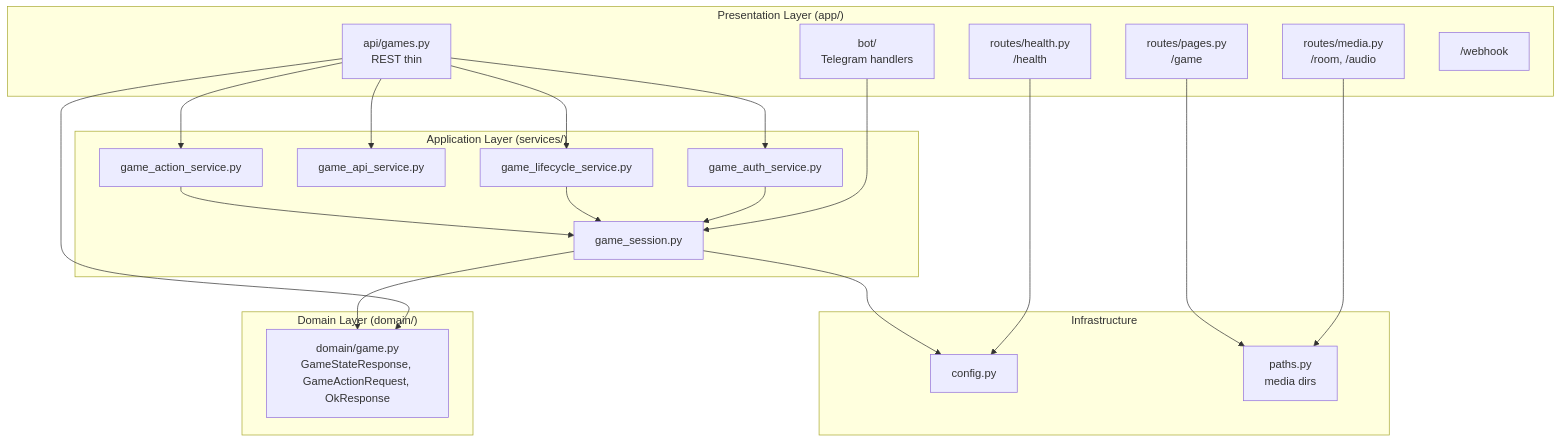
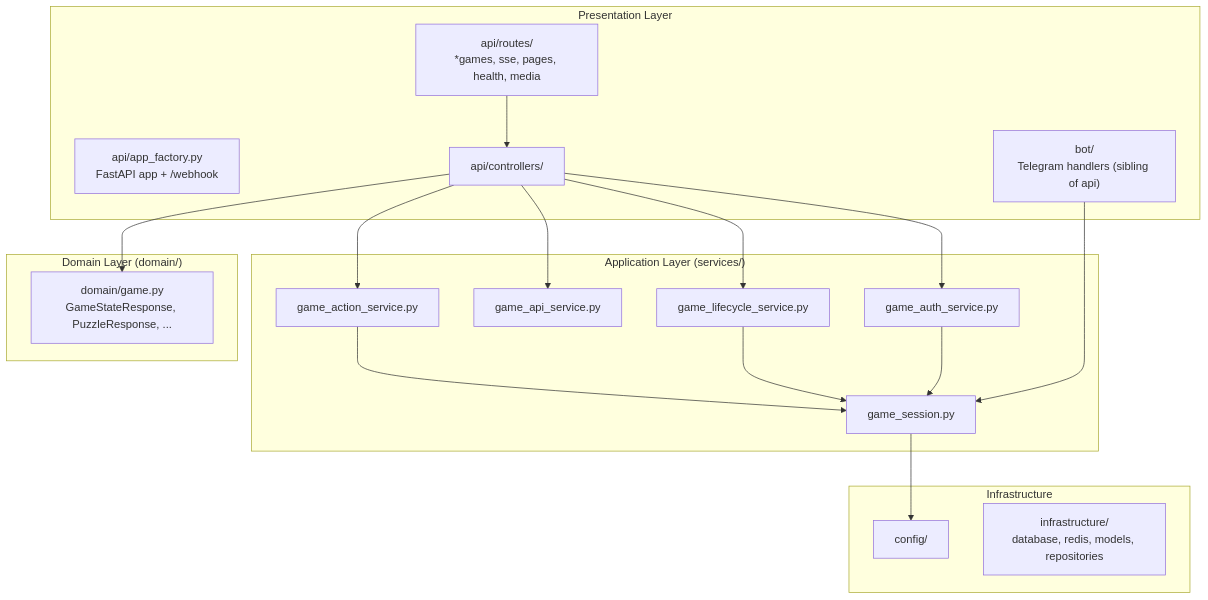
One commit to Itamarabir1/escape-room-telegram changed the diagram in backend/ARCHITECTURE.md. Above: the diagram before and after it, drawn with Mermaid. The commit also changed other lines of this file and 75 other files, not shown here.

````diff
--- a/backend/ARCHITECTURE.md
+++ b/backend/ARCHITECTURE.md
@@ -15,43 +15,38 @@
 ```mermaid
 flowchart TB
-    subgraph Presentation["Presentation Layer (app/)"]
-        API["api/games.py\nREST thin"]
-        Media["routes/media.py\n/room, /audio"]
-        Pages["routes/pages.py\n/game"]
-        Health["routes/health.py\n/health"]
-        Bot["bot/\nTelegram handlers"]
-        Webhook["/webhook"]
+    subgraph Presentation["Presentation Layer"]
+        AppFactory["api/app_factory.py\nFastAPI app + /webhook"]
+        Routes["api/routes/\n*games, sse, pages, health, media"]
+        Controllers["api/controllers/"]
+        Bot["bot/\nTelegram handlers (sibling of api)"]
     end
 
     subgraph Application["Application Layer (services/)"]
         GameSession["game_session.py"]
         GameAuth["game_auth_service.py"]
         GameAPI["game_api_service.py"]
         GameLifecycle["game_lifecycle_service.py"]
         GameAction["game_action_service.py"]
     end
 
     subgraph Domain["Domain Layer (domain/)"]
-        Schema["domain/game.py\nGameStateResponse, GameActionRequest, OkResponse"]
+        Schema["domain/game.py\nGameStateResponse, PuzzleResponse, ..."]
     end
 
     subgraph Infrastructure["Infrastructure"]
-        Config["config.py"]
-        Paths["paths.py\nmedia dirs"]
+        Config["config/"]
+        Infra["infrastructure/\ndatabase, redis, models, repositories"]
     end
 
-    API --> GameAuth
-    API --> GameAPI
-    API --> GameLifecycle
-    API --> GameAction
-    API --> Schema
-    Media --> Paths
-    Health --> Config
-    Pages --> Paths
+    Routes --> Controllers
+    Controllers --> GameAuth
+    Controllers --> GameAPI
+    Controllers --> GameLifecycle
+    Controllers --> GameAction
+    Controllers --> Schema
     Bot --> GameSession
     GameAuth --> GameSession
     GameLifecycle --> GameSession
     GameAction --> GameSession
-    GameSession --> Schema
     GameSession --> Config
 ```
````
